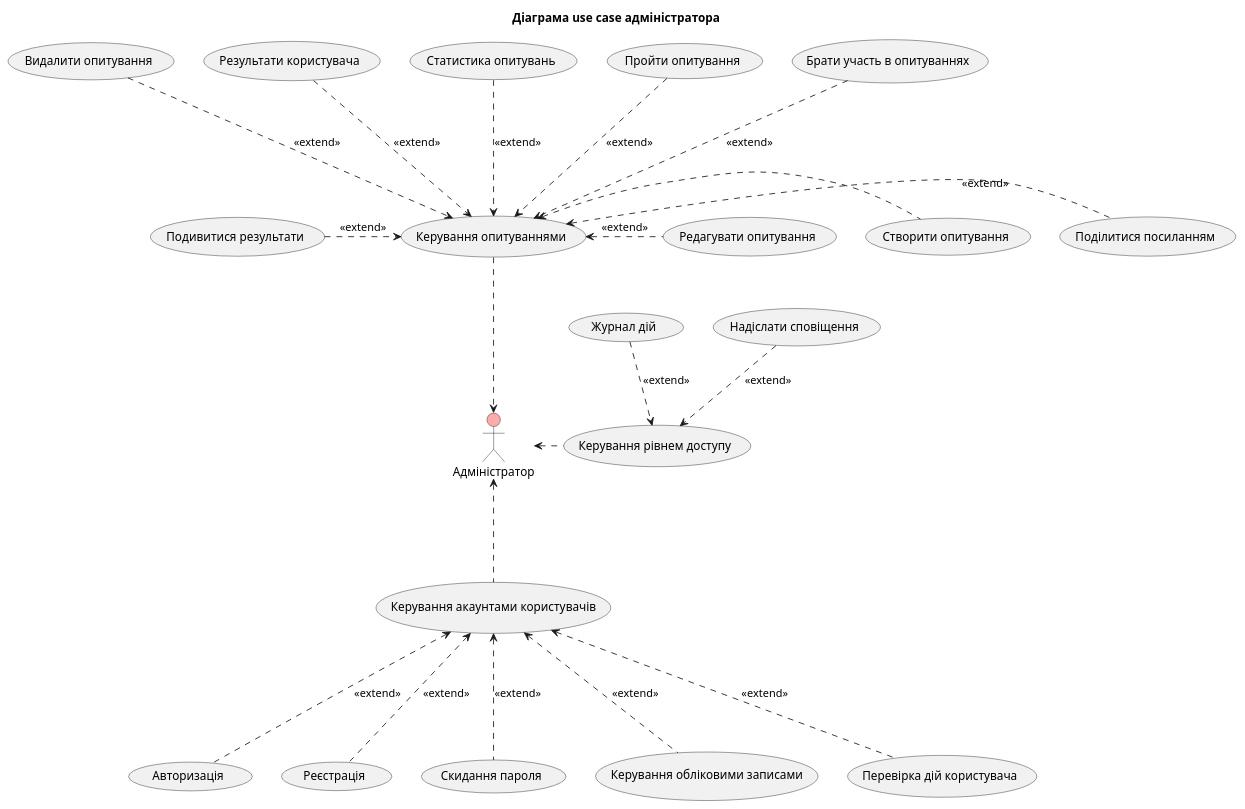
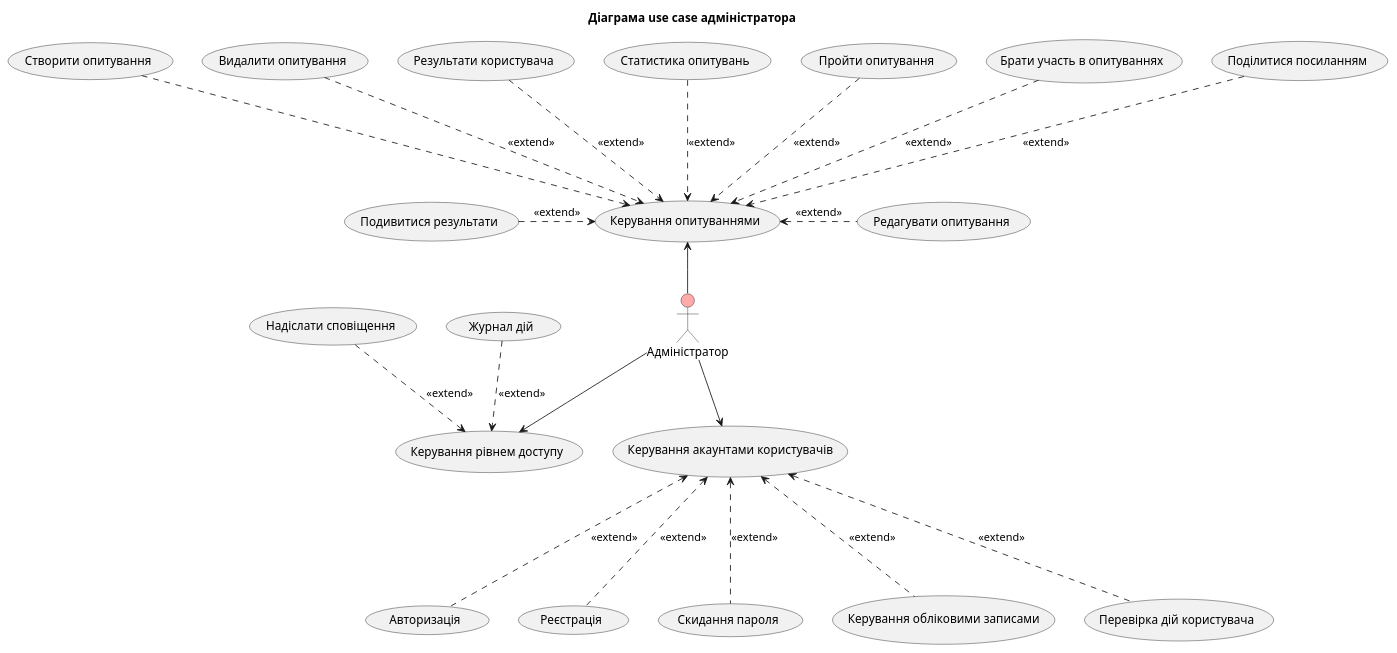
Before and after one commit to elidorbeth/edu_db_labs: the third of 11 diagrams in docs/use cases/README.md, drawn with PlantUML. The commit also changed other lines of this file, not shown here.

```diff
--- a/docs/use cases/README.md
+++ b/docs/use cases/README.md
@@ -115,50 +110,50 @@
 @startuml
 title Діаграма use case адміністратора
 
 actor "Адміністратор" as Admin #ffaaaa
 
 usecase "Авторизація" as Auth
 usecase "Реєстрація" as Reg
 usecase "Скидання пароля" as Reset
 usecase "Керування обліковими записами" as Account
 usecase "Перевірка дій користувача" as LogsReview
 usecase "Керування акаунтами користувачів" as UserAccounts
 usecase "Створити опитування" as Create
 usecase "Видалити опитування" as Delete
 usecase "Результати користувача" as Results
 usecase "Статистика опитувань" as Stats
 usecase "Пройти опитування" as Take
 usecase "Брати участь в опитуваннях" as Complete
 usecase "Редагувати опитування" as Edit
 usecase "Подивитися результати" as See
 usecase "Поділитися посиланням" as Share
 
 usecase "Керування опитуваннями" as SurveyControl
 
 usecase "Надіслати сповіщення" as Notify
 usecase "Журнал дій" as Logs
 usecase "Керування рівнем доступу" as AccessControl
 
-UserAccounts -up..> Admin
-SurveyControl -down..> Admin
-AccessControl -left..> Admin
+Admin --> UserAccounts
+Admin -up-> SurveyControl 
+Admin --> AccessControl
 
 Auth -up..> UserAccounts : <<extend>>
 Reg -up..> UserAccounts : <<extend>>
 Reset -up..> UserAccounts : <<extend>>
 Account -up..> UserAccounts : <<extend>>
 LogsReview -up..> UserAccounts : <<extend>>
 
-Create -left..> SurveyControl
+Create -..> SurveyControl
 Results -down..> SurveyControl : <<extend>>
 Stats -down..> SurveyControl : <<extend>>
 Take -down..> SurveyControl : <<extend>>
 Complete -down..> SurveyControl : <<extend>>
 Edit -left..> SurveyControl : <<extend>>
 Delete -down..> SurveyControl : <<extend>>
 See -right..> SurveyControl : <<extend>>
-Share -left..> SurveyControl : <<extend>>
+Share -..> SurveyControl : <<extend>>
 
 Notify ..> AccessControl : <<extend>>
 Logs ..> AccessControl : <<extend>>
 @enduml
```
